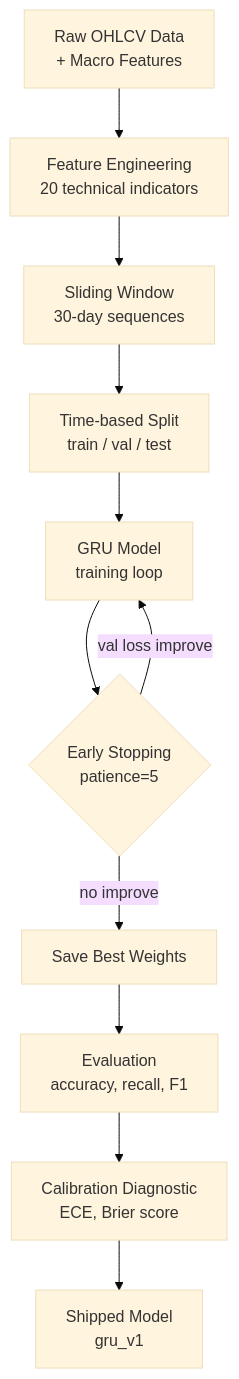
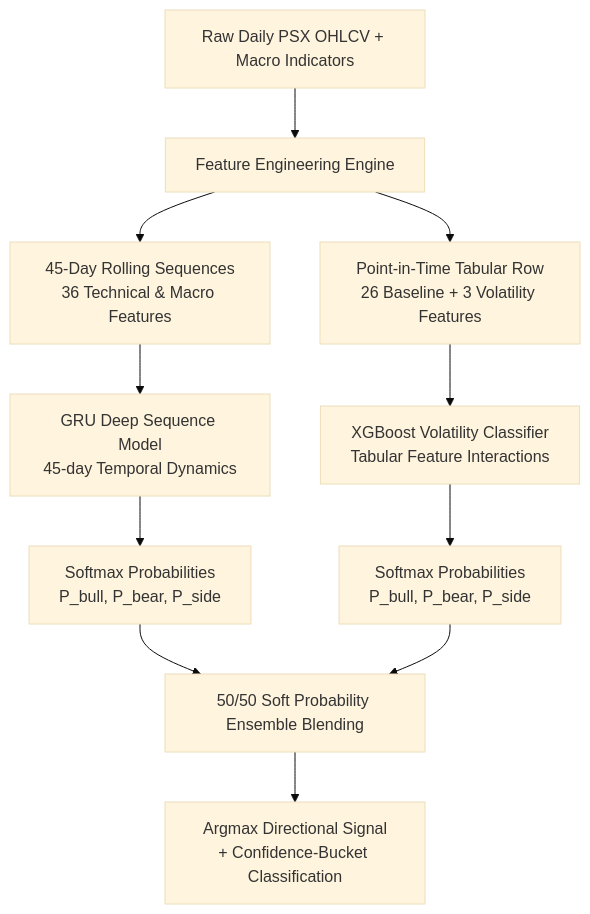
The first of 2 diagrams in backend/docs/model-training.md (iahmedd-k/Basarat-fyp-official), drawn with Mermaid (base theme) before and after one commit. The commit also changed other lines of this file and 232 other files, not shown here.

Commit message:
feat(ml): finalize production XGBoost v3 Alpha model, retrain Deep GRU sequence model, and deliver enterprise-grade forecast & recommendation APIs

````diff
--- a/backend/docs/model-training.md
+++ b/backend/docs/model-training.md
@@ -47,13 +31,17 @@
 ```mermaid
 flowchart TD
-    A[Raw OHLCV Data<br/>+ Macro Features] --> B[Feature Engineering<br/>20 technical indicators]
-    B --> C[Sliding Window<br/>30-day sequences]
-    C --> D[Time-based Split<br/>train / val / test]
-    D --> E[GRU Model<br/>training loop]
-    E --> F{Early Stopping<br/>patience=5}
-    F -->|val loss improve| E
-    F -->|no improve| G[Save Best Weights]
-    G --> H[Evaluation<br/>accuracy, recall, F1]
-    H --> I[Calibration Diagnostic<br/>ECE, Brier score]
-    I --> J[Shipped Model<br/>gru_v1]
+    A[Raw Daily PSX OHLCV + Macro Indicators] --> B[Feature Engineering Engine]
+    B --> C1[45-Day Rolling Sequences<br/>36 Technical & Macro Features]
+    B --> C2[Point-in-Time Tabular Row<br/>26 Baseline + 3 Volatility Features]
+    
+    C1 --> D1[GRU Deep Sequence Model<br/>45-day Temporal Dynamics]
+    C2 --> D2[XGBoost Volatility Classifier<br/>Tabular Feature Interactions]
+    
+    D1 --> E1[Softmax Probabilities<br/>P_bull, P_bear, P_side]
+    D2 --> E2[Softmax Probabilities<br/>P_bull, P_bear, P_side]
+    
+    E1 --> F[50/50 Soft Probability Ensemble Blending]
+    E2 --> F
+    
+    F --> G[Argmax Directional Signal<br/>+ Confidence-Bucket Classification]
 ```
````
